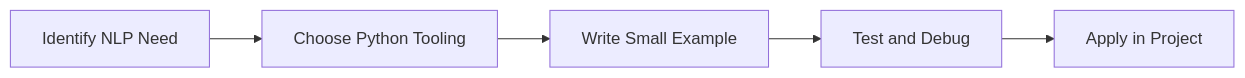
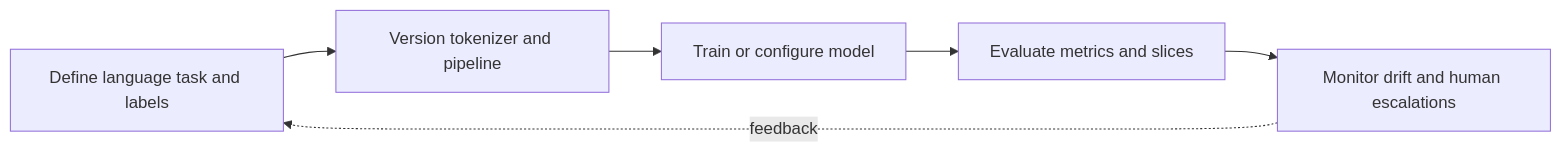
One commit to SYMOIZ/E-Learning-Portal changed the diagram in Python-Mastery/Advanced/25-nlp.md. Above: the diagram before and after it, drawn with Mermaid. The commit also changed other lines of this file and 116 other files, not shown here.

````diff
--- a/Python-Mastery/Advanced/25-nlp.md
+++ b/Python-Mastery/Advanced/25-nlp.md
@@ -125,7 +159,8 @@
 ```mermaid
 flowchart LR
-    A[Identify NLP Need] --> B[Choose Python Tooling]
-    B --> C[Write Small Example]
-    C --> D[Test and Debug]
-    D --> E[Apply in Project]
+    A[Define language task and labels] --> B[Version tokenizer and pipeline]
+    B --> C[Train or configure model]
+    C --> D[Evaluate metrics and slices]
+    D --> E[Monitor drift and human escalations]
+    E -. feedback .-> A
 ```
````
